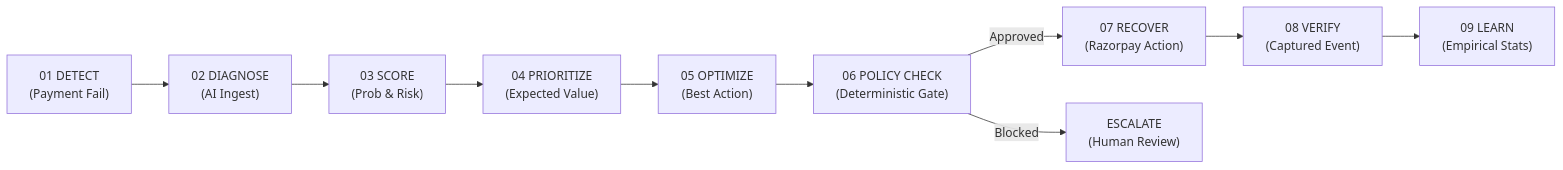
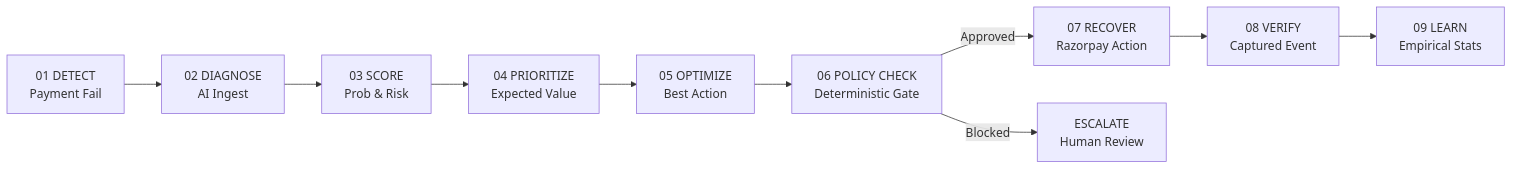
The first of 2 diagrams in README.md (Lokeshwar2005/razorrecover-ai), drawn with Mermaid before and after one commit. The commit also changed other lines of this file, not shown here.

````diff
--- a/README.md
+++ b/README.md
@@ -64,12 +98,12 @@
 ```mermaid
 flowchart LR
-    A["01 DETECT\n(Payment Fail)"] --> B["02 DIAGNOSE\n(AI Ingest)"]
-    B --> C["03 SCORE\n(Prob & Risk)"]
-    C --> D["04 PRIORITIZE\n(Expected Value)"]
-    D --> E["05 OPTIMIZE\n(Best Action)"]
-    E --> F["06 POLICY CHECK\n(Deterministic Gate)"]
-    F -->|Approved| G["07 RECOVER\n(Razorpay Action)"]
-    F -->|Blocked| H["ESCALATE\n(Human Review)"]
-    G --> I["08 VERIFY\n(Captured Event)"]
-    I --> J["09 LEARN\n(Empirical Stats)"]
+    A["01 DETECT<br/>Payment Fail"] --> B["02 DIAGNOSE<br/>AI Ingest"]
+    B --> C["03 SCORE<br/>Prob & Risk"]
+    C --> D["04 PRIORITIZE<br/>Expected Value"]
+    D --> E["05 OPTIMIZE<br/>Best Action"]
+    E --> F["06 POLICY CHECK<br/>Deterministic Gate"]
+    F -->|"Approved"| G["07 RECOVER<br/>Razorpay Action"]
+    F -->|"Blocked"| H["ESCALATE<br/>Human Review"]
+    G --> I["08 VERIFY<br/>Captured Event"]
+    I --> J["09 LEARN<br/>Empirical Stats"]
 ```
````
